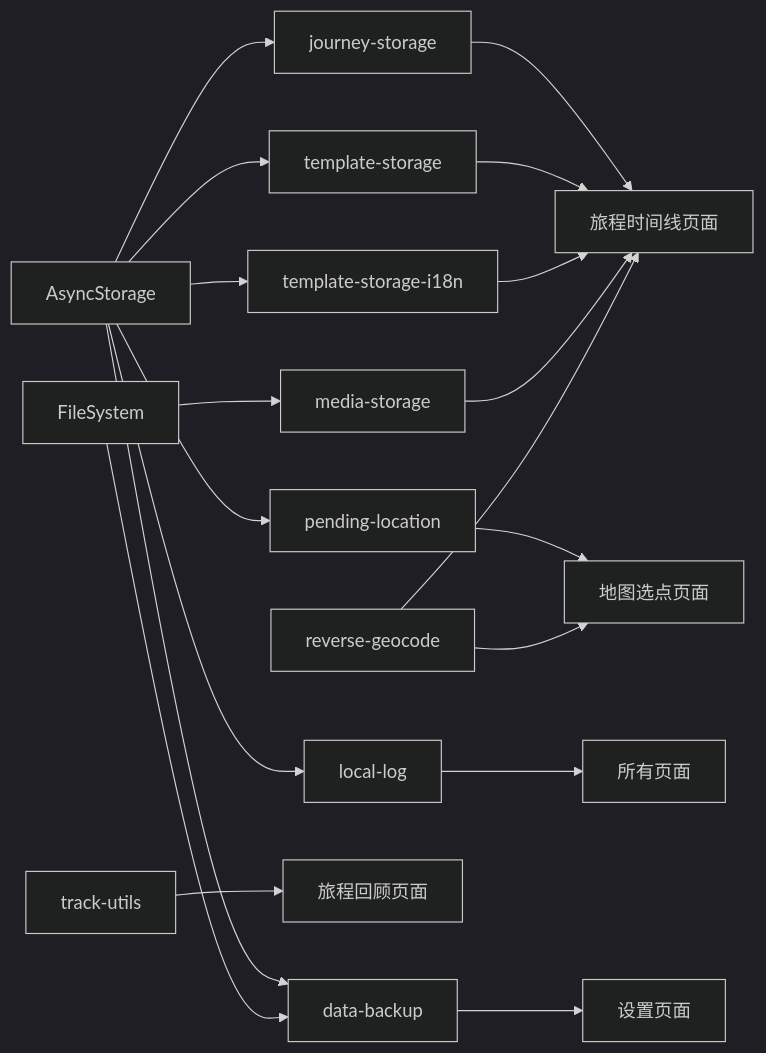
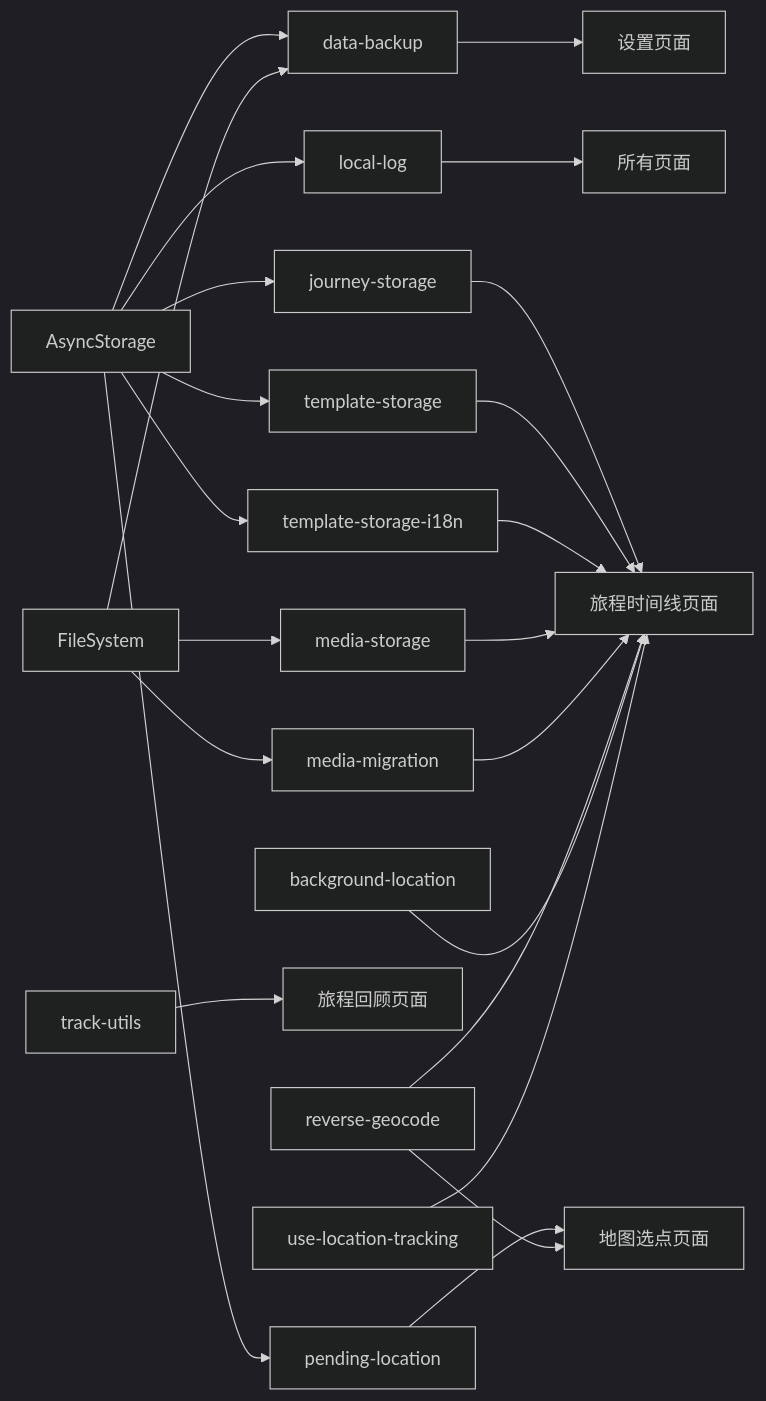
One commit to dsjerry/gowherer-web changed the diagram in docs/services.md. Above: the diagram before and after it, drawn with Mermaid (dark theme). The commit also changed other lines of this file and 9 other files, not shown here.

````diff
--- a/docs/services.md
+++ b/docs/services.md
@@ -335,24 +412,28 @@
 ```mermaid
 flowchart LR
     Storage[AsyncStorage] --> JourneyStorage[journey-storage]
     Storage --> TemplateStorage[template-storage]
     Storage --> TemplateI18n[template-storage-i18n]
     Storage --> PendingLocation[pending-location]
     Storage --> LocalLog[local-log]
     Storage --> DataBackup[data-backup]
 
     FileSystem[FileSystem] --> MediaStorage[media-storage]
+    FileSystem --> MediaMigration[media-migration]
     FileSystem --> DataBackup
 
     JourneyStorage --> JourneyPage[旅程时间线页面]
     TemplateStorage --> JourneyPage
     TemplateI18n --> JourneyPage
     PendingLocation --> LocationPicker[地图选点页面]
     DataBackup --> SettingsPage[设置页面]
 
     TrackUtils[track-utils] --> ExplorePage[旅程回顾页面]
     MediaStorage --> JourneyPage
+    MediaMigration[media-migration] --> JourneyPage
     ReverseGeocode[reverse-geocode] --> LocationPicker
     ReverseGeocode --> JourneyPage
+    BackgroundLocation[background-location] --> JourneyPage
+    LocationTracking[use-location-tracking] --> JourneyPage
     LocalLog --> AllPages[所有页面]
 ```
````
